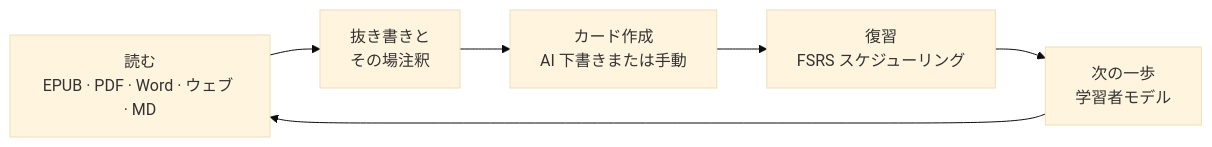
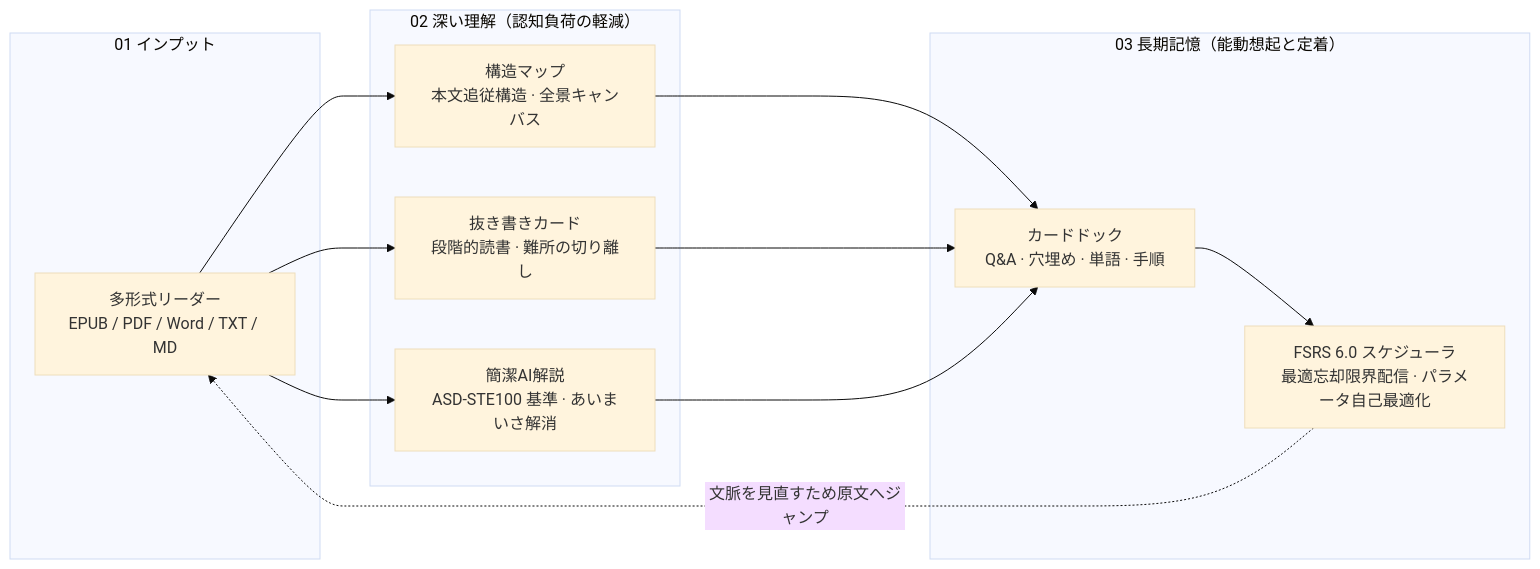
One commit to xiongdy54/Nutation changed the diagram in README.ja.md. Above: the diagram before and after it, drawn with Mermaid (base theme). The commit also changed other lines of this file and 43 other files, not shown here.

Commit message:
feat(readme): 重构三语 README 与核心特性 60fps 高清演示视频（含麻婆豆腐配方图片挖空全闭环）

````diff
--- a/README.ja.md
+++ b/README.ja.md
@@ -29,8 +35,20 @@
 ```mermaid
 flowchart LR
-    A["読む<br/>EPUB · PDF · Word · ウェブ · MD"] --> B["抜き書きと<br/>その場注釈"]
-    B --> C["カード作成<br/>AI 下書きまたは手動"]
-    C --> D["復習<br/>FSRS スケジューリング"]
-    D --> E["次の一歩<br/>学習者モデル"]
-    E --> A
+    subgraph 01_入力["01 インプット"]
+        A["多形式リーダー<br/>EPUB / PDF / Word / TXT / MD"]
+    end
+    subgraph 02_理解["02 深い理解（認知負荷の軽減）"]
+        B1["構造マップ<br/>本文追従構造 · 全景キャンバス"]
+        B2["抜き書きカード<br/>段階的読書 · 難所の切り離し"]
+        B3["簡潔AI解説<br/>ASD-STE100 基準 · あいまいさ解消"]
+    end
+    subgraph 03_記憶["03 長期記憶（能動想起と定着）"]
+        C1["カードドック<br/>Q&A · 穴埋め · 単語 · 手順"]
+        C2["FSRS 6.0 スケジューラ<br/>最適忘却限界配信 · パラメータ自己最適化"]
+    end
+
+    A --> B1 & B2 & B3
+    B1 & B2 & B3 --> C1
+    C1 --> C2
+    C2 -.->|"文脈を見直すため原文へジャンプ"| A
 ```
````
